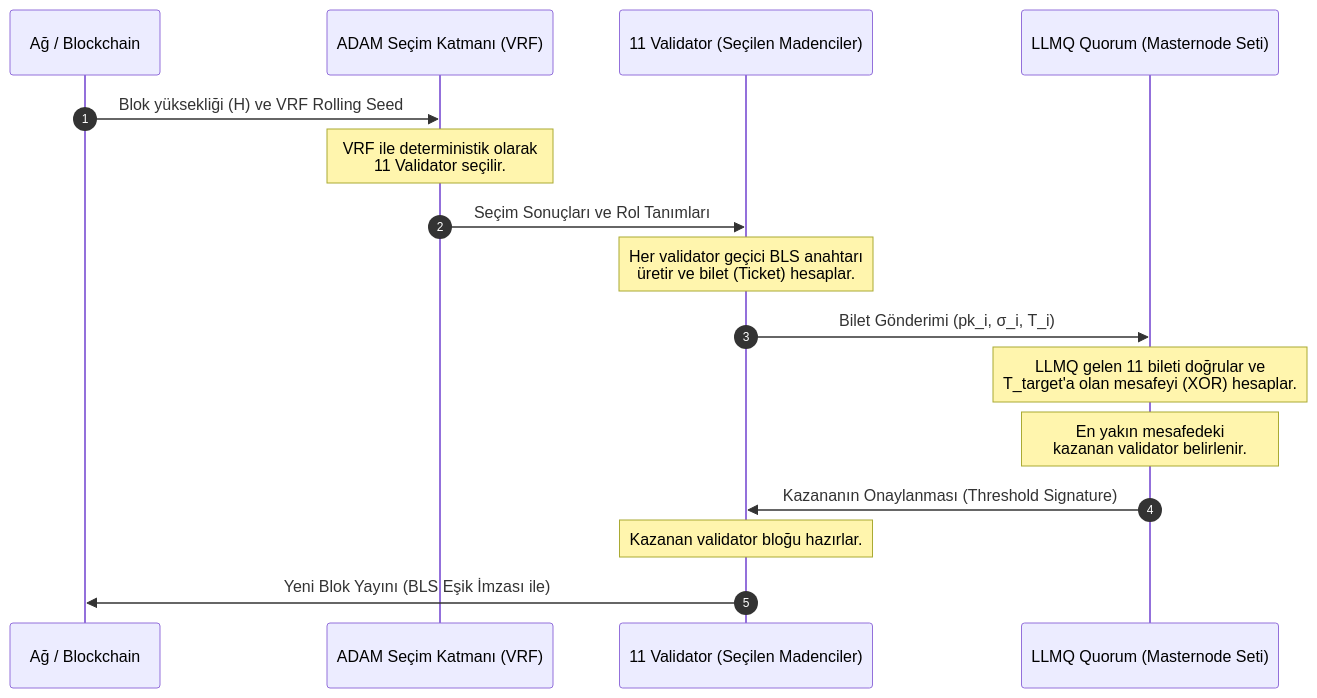
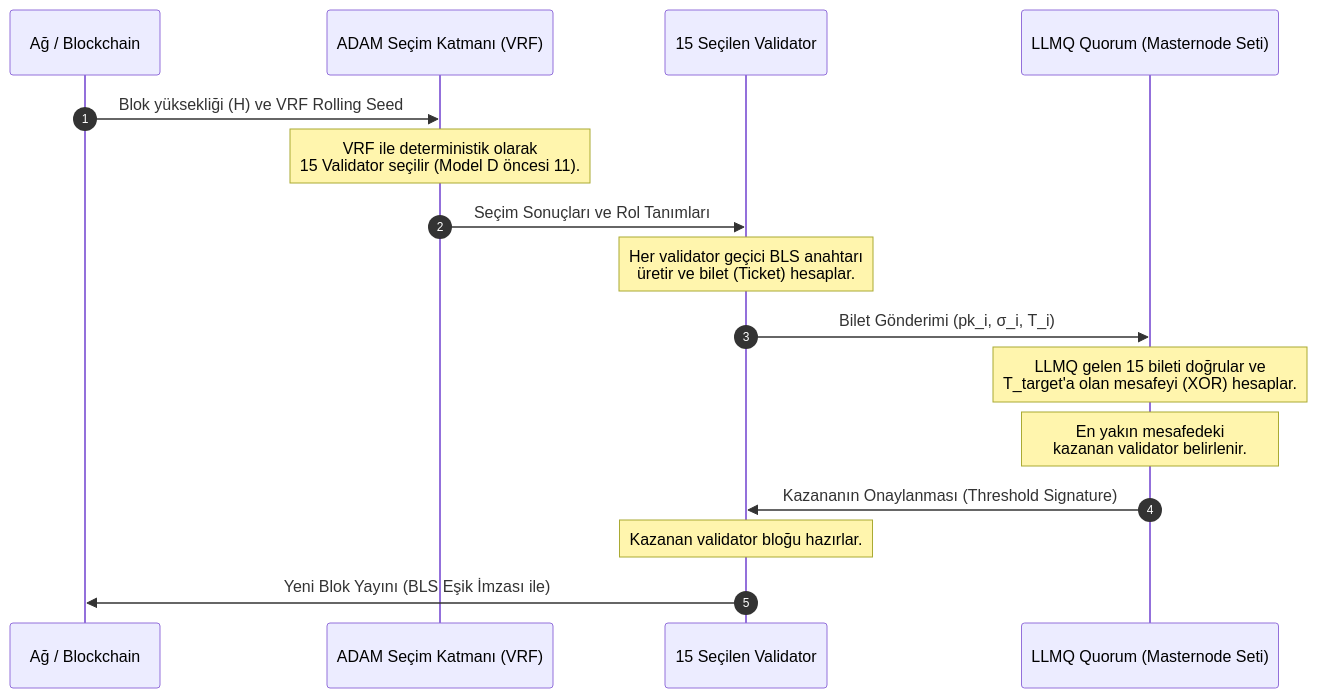
The diagram in doc/PoBLS_Consensus_TR.md (bedri/KristaTech-KRISTA), drawn with Mermaid before and after one commit. The commit also changed other lines of this file and 55 other files, not shown here.

````diff
--- a/doc/PoBLS_Consensus_TR.md
+++ b/doc/PoBLS_Consensus_TR.md
@@ -106,22 +106,22 @@
 ```mermaid
 sequenceDiagram
     autonumber
     participant Network as Ağ / Blockchain
     participant ADAM as ADAM Seçim Katmanı (VRF)
-    participant Validators as 11 Validator (Seçilen Madenciler)
+    participant Validators as 15 Seçilen Validator
     participant LLMQ as LLMQ Quorum (Masternode Seti)
     
     Network->>ADAM: Blok yüksekliği (H) ve VRF Rolling Seed
-    Note over ADAM: VRF ile deterministik olarak<br/>11 Validator seçilir.
+    Note over ADAM: VRF ile deterministik olarak<br/>15 Validator seçilir (Model D öncesi 11).
     ADAM->>Validators: Seçim Sonuçları ve Rol Tanımları
     
     Note over Validators: Her validator geçici BLS anahtarı<br/>üretir ve bilet (Ticket) hesaplar.
     Validators->>LLMQ: Bilet Gönderimi (pk_i, σ_i, T_i)
     
-    Note over LLMQ: LLMQ gelen 11 bileti doğrular ve<br/>T_target'a olan mesafeyi (XOR) hesaplar.
+    Note over LLMQ: LLMQ gelen 15 bileti doğrular ve<br/>T_target'a olan mesafeyi (XOR) hesaplar.
     Note over LLMQ: En yakın mesafedeki<br/>kazanan validator belirlenir.
     LLMQ->>Validators: Kazananın Onaylanması (Threshold Signature)
     
     Note over Validators: Kazanan validator bloğu hazırlar.
     Validators->>Network: Yeni Blok Yayını (BLS Eşik İmzası ile)
 ```
````
